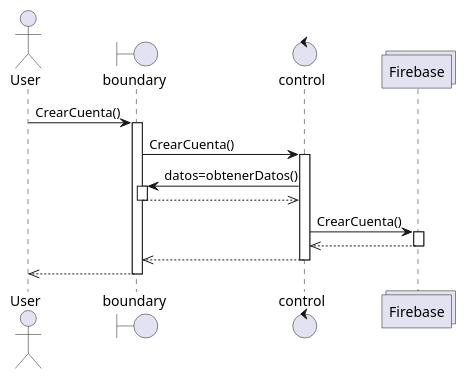
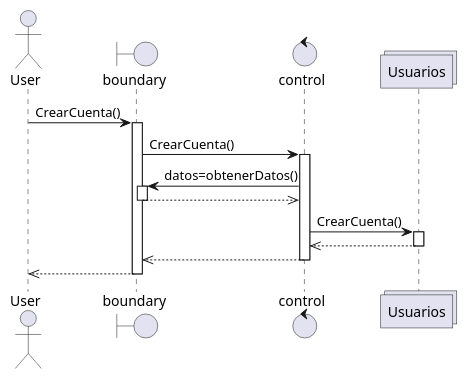
The diagram in crear cuenta.wsd (Cramer-0xbit/route66-plantuml), drawn with PlantUML before and after one commit. The commit also changed 5 other files, not shown here.

```diff
--- a/crear cuenta.wsd
+++ b/crear cuenta.wsd
@@ -1,22 +1,22 @@
 @startuml Crear cuenta
 actor "User" as Administrador
 boundary boundary
 control control
-collections Firebase as Usuarios 
+collections Usuarios as Usuarios 
     Administrador->boundary: CrearCuenta()
     activate boundary
     boundary->control:CrearCuenta()
     activate control
     boundary<-control:datos=obtenerDatos()
     activate boundary
     boundary-->>control
     deactivate boundary
     control->Usuarios:CrearCuenta()
     activate Usuarios
     control<<--Usuarios
     deactivate Usuarios
     boundary <<-- control
     deactivate control
     Administrador<<--boundary
     deactivate boundary
 @enduml
```
